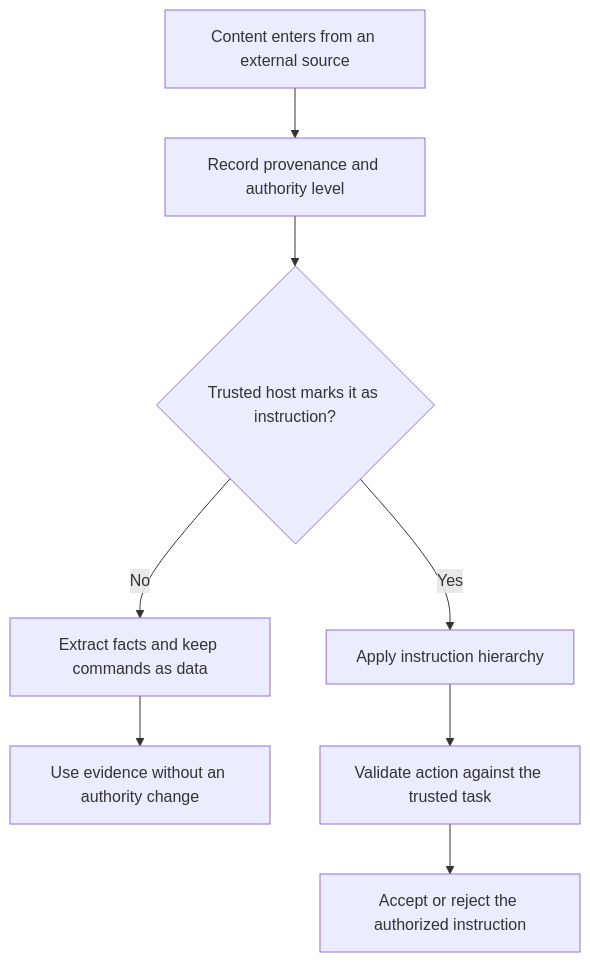
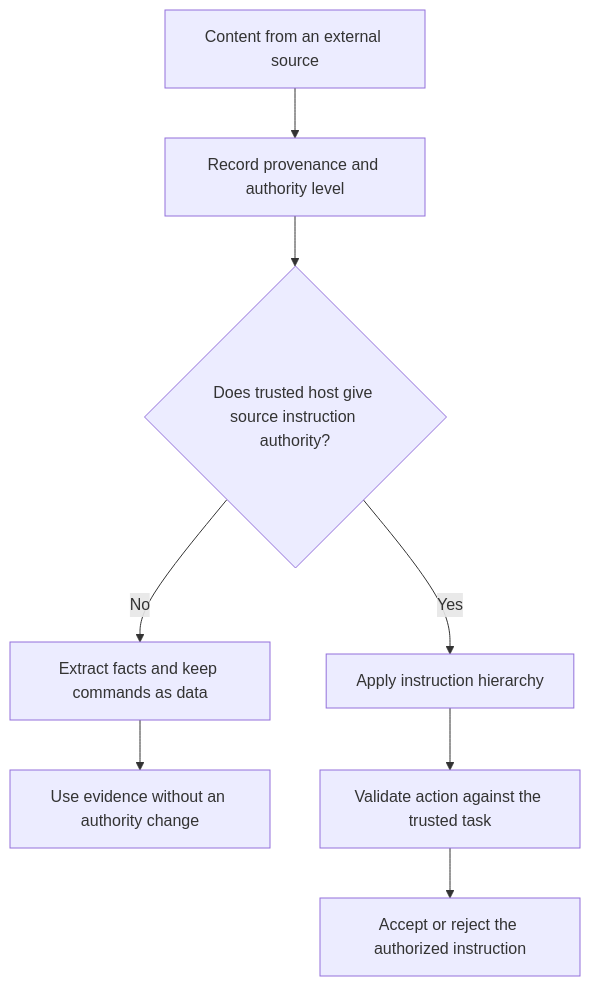
One commit to HomericIntelligence/Athena changed the diagram in docs/principles/details/p059-data-is-not-instruction.md. Above: the diagram before and after it, drawn with Mermaid. The commit also changed other lines of this file and 91 other files, not shown here.

````diff
--- a/docs/principles/details/p059-data-is-not-instruction.md
+++ b/docs/principles/details/p059-data-is-not-instruction.md
@@ -37,10 +42,10 @@
 ```mermaid
 flowchart TD
-    A["Content enters from an external source"] --> B["Record provenance and authority level"]
-    B --> C{"Trusted host marks it as instruction?"}
+    A["Content from an external source"] --> B["Record provenance and authority level"]
+    B --> C{"Does trusted host give source instruction authority?"}
     C -- "No" --> D["Extract facts and keep commands as data"]
     C -- "Yes" --> E["Apply instruction hierarchy"]
     D --> F["Use evidence without an authority change"]
     E --> G["Validate action against the trusted task"]
     G --> H["Accept or reject the authorized instruction"]
 ```
````
